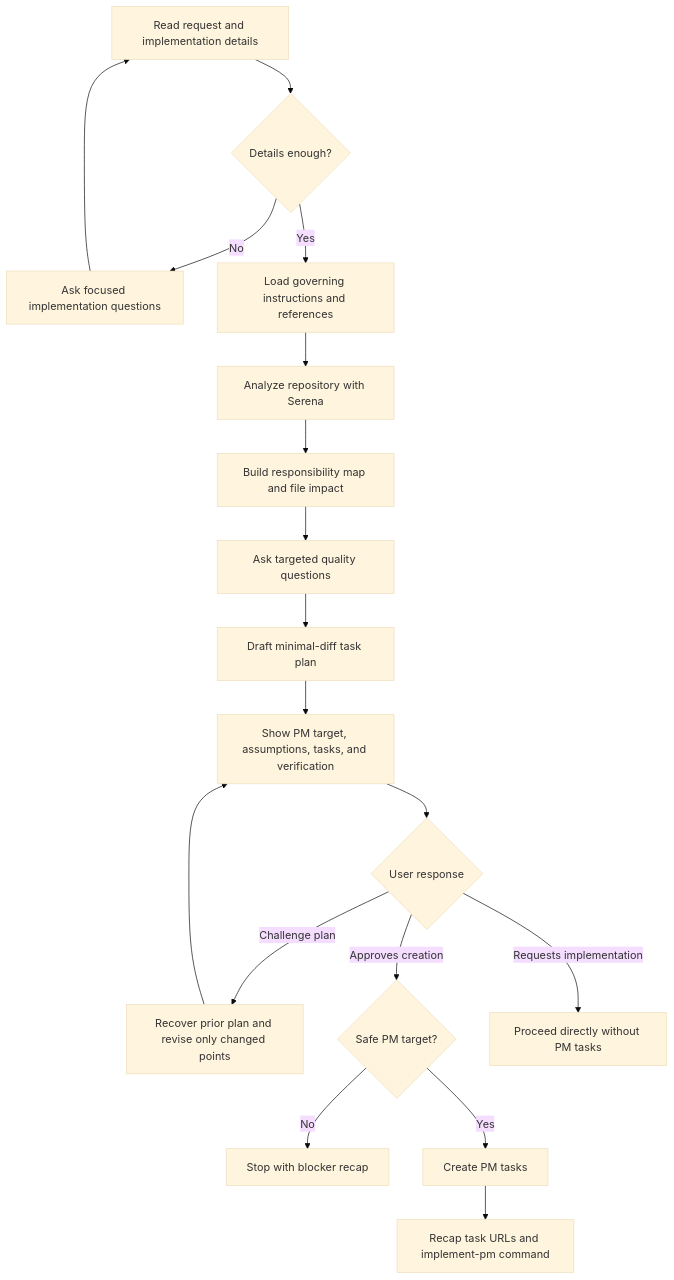
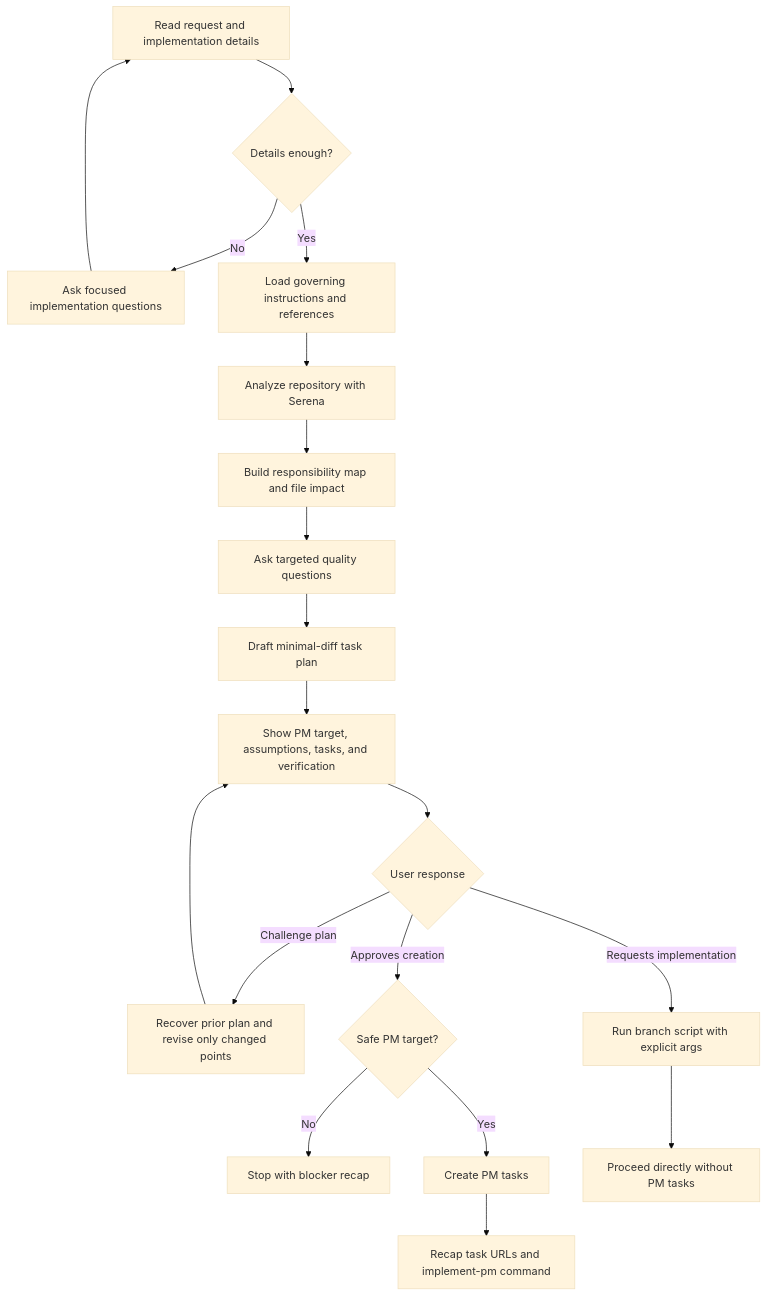
The diagram in skills/feed-pm/SKILL.md (mvagnon/plan-based-agentic-workflow), drawn with Mermaid (base theme) before and after one commit. The commit also changed other lines of this file and 2 other files, not shown here.

````diff
--- a/skills/feed-pm/SKILL.md
+++ b/skills/feed-pm/SKILL.md
@@ -28,20 +28,21 @@
 ```mermaid
 flowchart TD
   A[Read request and implementation details] --> B{Details enough?}
   B -->|No| C[Ask focused implementation questions]
   C --> A
   B -->|Yes| D[Load governing instructions and references]
   D --> E[Analyze repository with Serena]
   E --> F[Build responsibility map and file impact]
   F --> G[Ask targeted quality questions]
   G --> H[Draft minimal-diff task plan]
   H --> I[Show PM target, assumptions, tasks, and verification]
   I --> J{User response}
   J -->|Challenge plan| K[Recover prior plan and revise only changed points]
   K --> I
   J -->|Approves creation| L{Safe PM target?}
   L -->|No| M[Stop with blocker recap]
   L -->|Yes| N[Create PM tasks]
   N --> O[Recap task URLs and implement-pm command]
-  J -->|Requests implementation| P[Proceed directly without PM tasks]
+  J -->|Requests implementation| P[Run branch script with explicit args]
+  P --> Q[Proceed directly without PM tasks]
 ```
````
